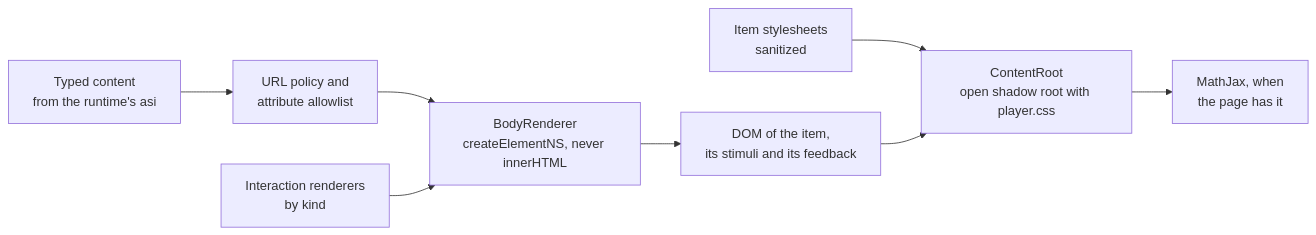
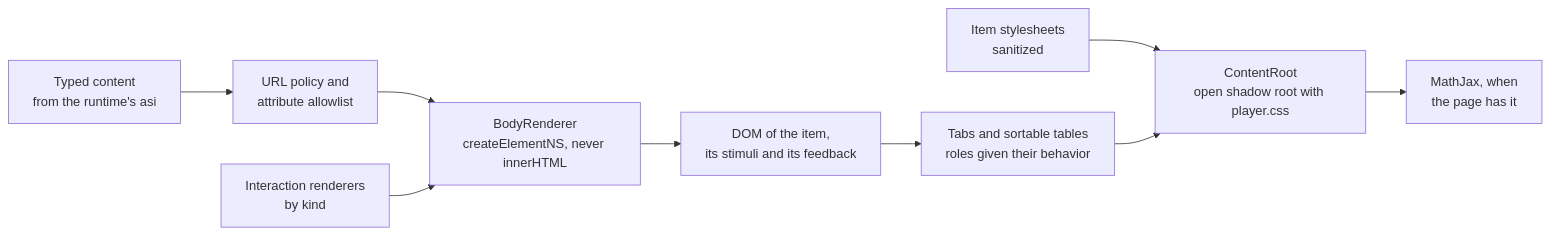
One commit to assesskit/assesskit changed the diagram in docs/player/content.md. Above: the diagram before and after it, drawn with Mermaid. The commit also changed other lines of this file and 9 other files, not shown here.

First line of the commit message:
Give tabs and sortable tables their behavior in the content root

````diff
--- a/docs/player/content.md
+++ b/docs/player/content.md
@@ -8,10 +8,11 @@
 ```mermaid
 flowchart LR
   nodes["Typed content<br/>from the runtime's asi"] --> policy["URL policy and<br/>attribute allowlist"]
   policy --> renderer["BodyRenderer<br/>createElementNS, never innerHTML"]
   renderer --> body["DOM of the item,<br/>its stimuli and its feedback"]
   interactions["Interaction renderers<br/>by kind"] --> renderer
   sheets["Item stylesheets<br/>sanitized"] --> root
-  body --> root["ContentRoot<br/>open shadow root with player.css"]
+  body --> behavior["Tabs and sortable tables<br/>roles given their behavior"]
+  behavior --> root["ContentRoot<br/>open shadow root with player.css"]
   root --> math["MathJax, when<br/>the page has it"]
 ```
````
